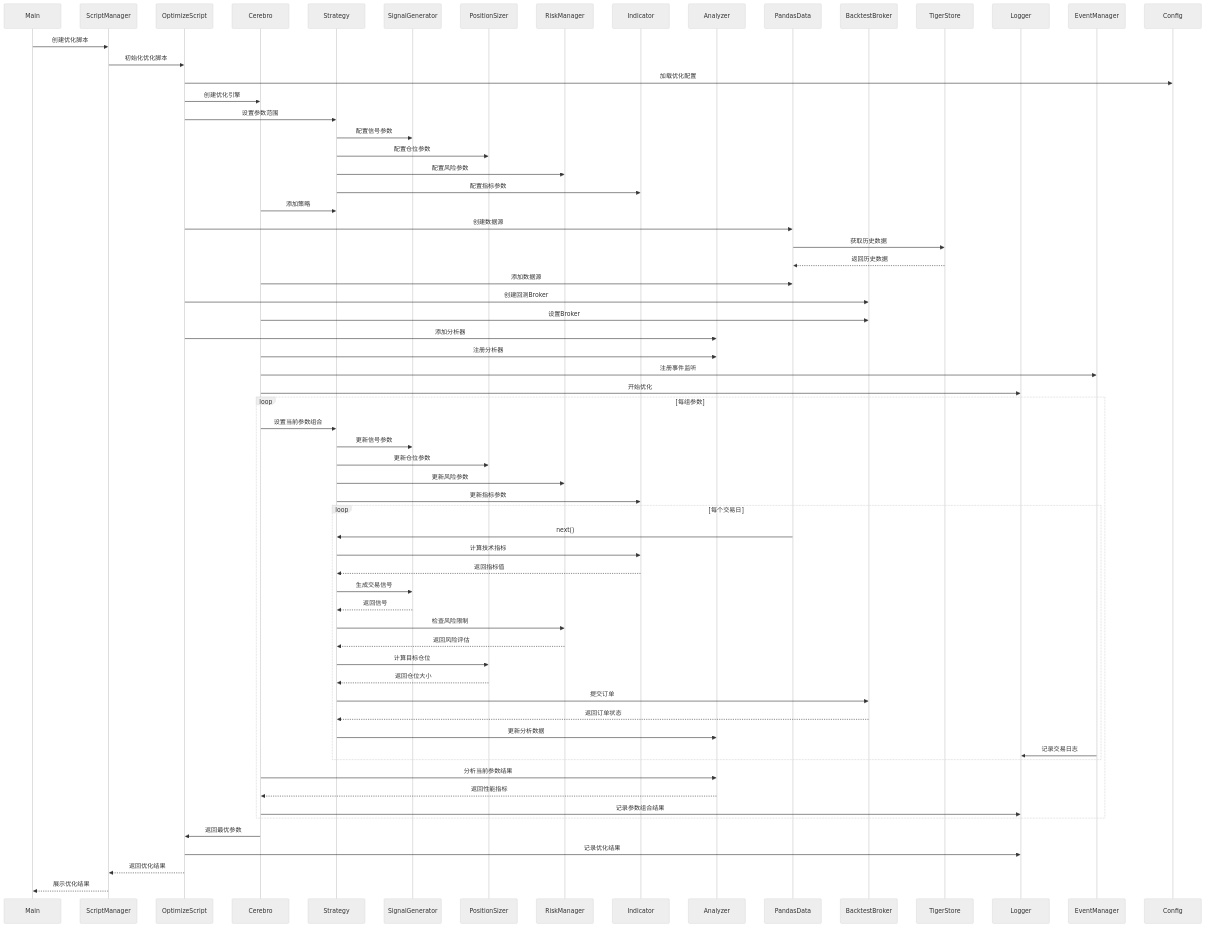
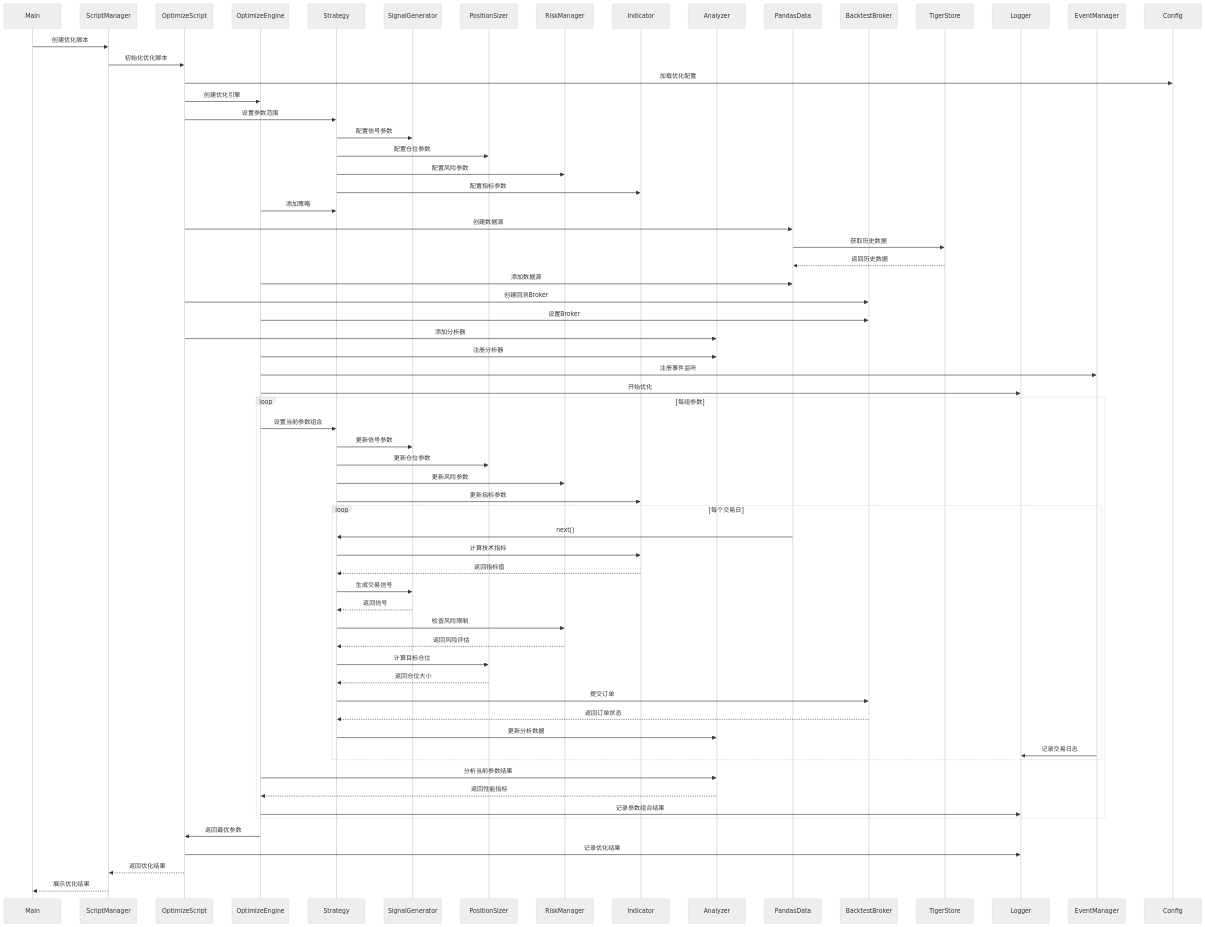
One commit to xinlee0113/nine_turn_strategy changed the third of 5 diagrams in architecture_diagram.md. Above: the diagram before and after it, drawn with Mermaid (neutral theme). The commit also changed other lines of this file, not shown here.

````diff
--- a/architecture_diagram.md
+++ b/architecture_diagram.md
@@ -366,73 +366,73 @@
 ```mermaid
 sequenceDiagram
     participant Main
     participant ScriptManager
     participant OptimizeScript
-    participant Cerebro
+    participant OptimizeEngine
     participant Strategy
     participant SignalGenerator
     participant PositionSizer
     participant RiskManager
     participant Indicator
     participant Analyzer
     participant PandasData
     participant BacktestBroker
     participant TigerStore
     participant Logger
     participant EventManager
     participant Config
 
     Main->>ScriptManager: 创建优化脚本
     ScriptManager->>OptimizeScript: 初始化优化脚本
     OptimizeScript->>Config: 加载优化配置
-    OptimizeScript->>Cerebro: 创建优化引擎
+    OptimizeScript->>OptimizeEngine: 创建优化引擎
     OptimizeScript->>Strategy: 设置参数范围
     Strategy->>SignalGenerator: 配置信号参数
     Strategy->>PositionSizer: 配置仓位参数
     Strategy->>RiskManager: 配置风险参数
     Strategy->>Indicator: 配置指标参数
-    Cerebro->>Strategy: 添加策略
+    OptimizeEngine->>Strategy: 添加策略
     OptimizeScript->>PandasData: 创建数据源
     PandasData->>TigerStore: 获取历史数据
     TigerStore-->>PandasData: 返回历史数据
-    Cerebro->>PandasData: 添加数据源
+    OptimizeEngine->>PandasData: 添加数据源
     OptimizeScript->>BacktestBroker: 创建回测Broker
-    Cerebro->>BacktestBroker: 设置Broker
+    OptimizeEngine->>BacktestBroker: 设置Broker
     OptimizeScript->>Analyzer: 添加分析器
-    Cerebro->>Analyzer: 注册分析器
-    Cerebro->>EventManager: 注册事件监听
-    Cerebro->>Logger: 开始优化
+    OptimizeEngine->>Analyzer: 注册分析器
+    OptimizeEngine->>EventManager: 注册事件监听
+    OptimizeEngine->>Logger: 开始优化
 
     loop 每组参数
-        Cerebro->>Strategy: 设置当前参数组合
+        OptimizeEngine->>Strategy: 设置当前参数组合
         Strategy->>SignalGenerator: 更新信号参数
         Strategy->>PositionSizer: 更新仓位参数
         Strategy->>RiskManager: 更新风险参数
         Strategy->>Indicator: 更新指标参数
         
         loop 每个交易日
             PandasData->>Strategy: next()
             Strategy->>Indicator: 计算技术指标
             Indicator-->>Strategy: 返回指标值
             Strategy->>SignalGenerator: 生成交易信号
             SignalGenerator-->>Strategy: 返回信号
             Strategy->>RiskManager: 检查风险限制
             RiskManager-->>Strategy: 返回风险评估
             Strategy->>PositionSizer: 计算目标仓位
             PositionSizer-->>Strategy: 返回仓位大小
             Strategy->>BacktestBroker: 提交订单
             BacktestBroker-->>Strategy: 返回订单状态
             Strategy->>Analyzer: 更新分析数据
             EventManager->>Logger: 记录交易日志
         end
 
-        Cerebro->>Analyzer: 分析当前参数结果
-        Analyzer-->>Cerebro: 返回性能指标
-        Cerebro->>Logger: 记录参数组合结果
+        OptimizeEngine->>Analyzer: 分析当前参数结果
+        Analyzer-->>OptimizeEngine: 返回性能指标
+        OptimizeEngine->>Logger: 记录参数组合结果
     end
 
-    Cerebro->>OptimizeScript: 返回最优参数
+    OptimizeEngine->>OptimizeScript: 返回最优参数
     OptimizeScript->>Logger: 记录优化结果
     OptimizeScript-->>ScriptManager: 返回优化结果
     ScriptManager-->>Main: 展示优化结果
 ```
````
